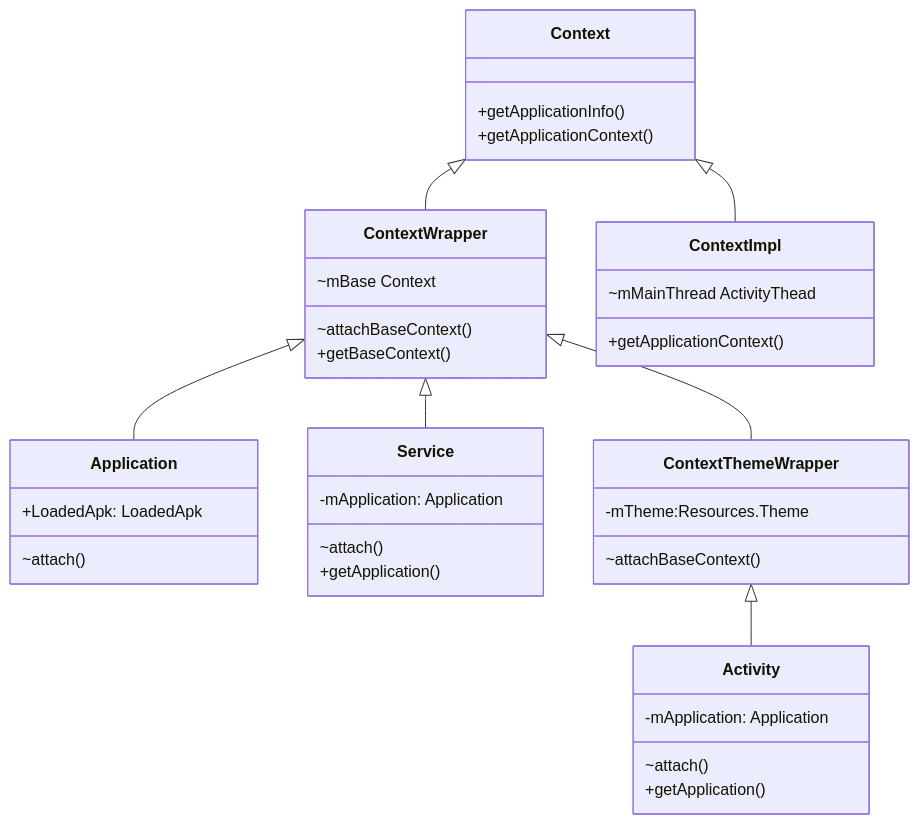
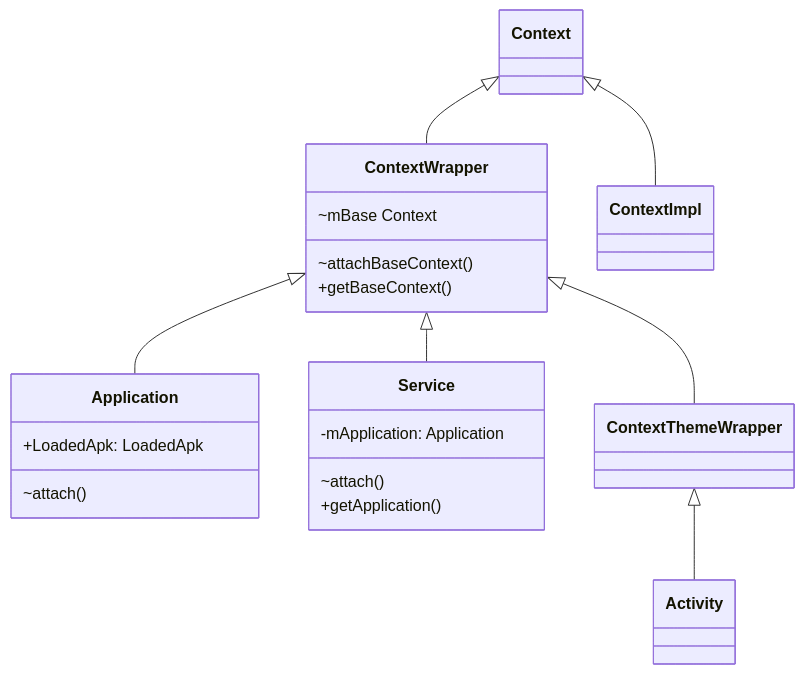
Before and after one commit to adisonhuang/adisonhuang.github.io: the diagram in docs/interview/android_components.md, drawn with Mermaid. The commit also changed other lines of this file, not shown here.

Commit message:
activity

````diff
--- a/docs/interview/android_components.md
+++ b/docs/interview/android_components.md
@@ -7,41 +7,23 @@
     ``` mermaid
     classDiagram
       Context <|-- ContextWrapper
       Context <|-- ContextImpl
       ContextWrapper <|-- Application
       ContextWrapper <|-- Service
       ContextWrapper <|-- ContextThemeWrapper
      ContextThemeWrapper <|-- Activity
      class ContextWrapper{
         ~mBase Context
         ~attachBaseContext()
         +getBaseContext()
      }
       class Application{
         +LoadedApk: LoadedApk
         ~attach()
      }
       class Service{
         -mApplication: Application
         ~attach()
         +getApplication()
       }
-
-     class ContextThemeWrapper{
-        -mTheme:Resources.Theme
-        ~attachBaseContext()
-     }
-      class Activity{
-        -mApplication: Application
-        ~attach()
-        +getApplication()
-      }
-      class ContextImpl{
-        ~mMainThread ActivityThead
-        +getApplicationContext()
-      }
-      class Context{
-        +getApplicationInfo()
-        +getApplicationContext()
-      }
     ```
````
